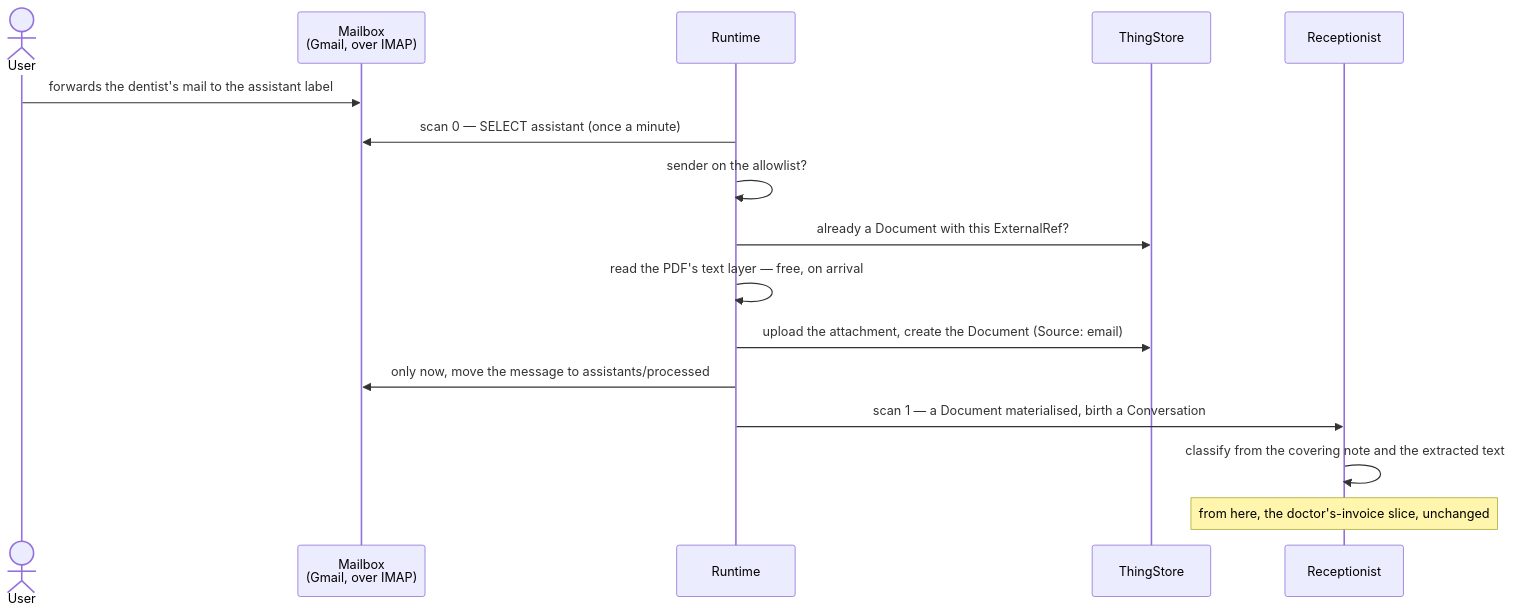
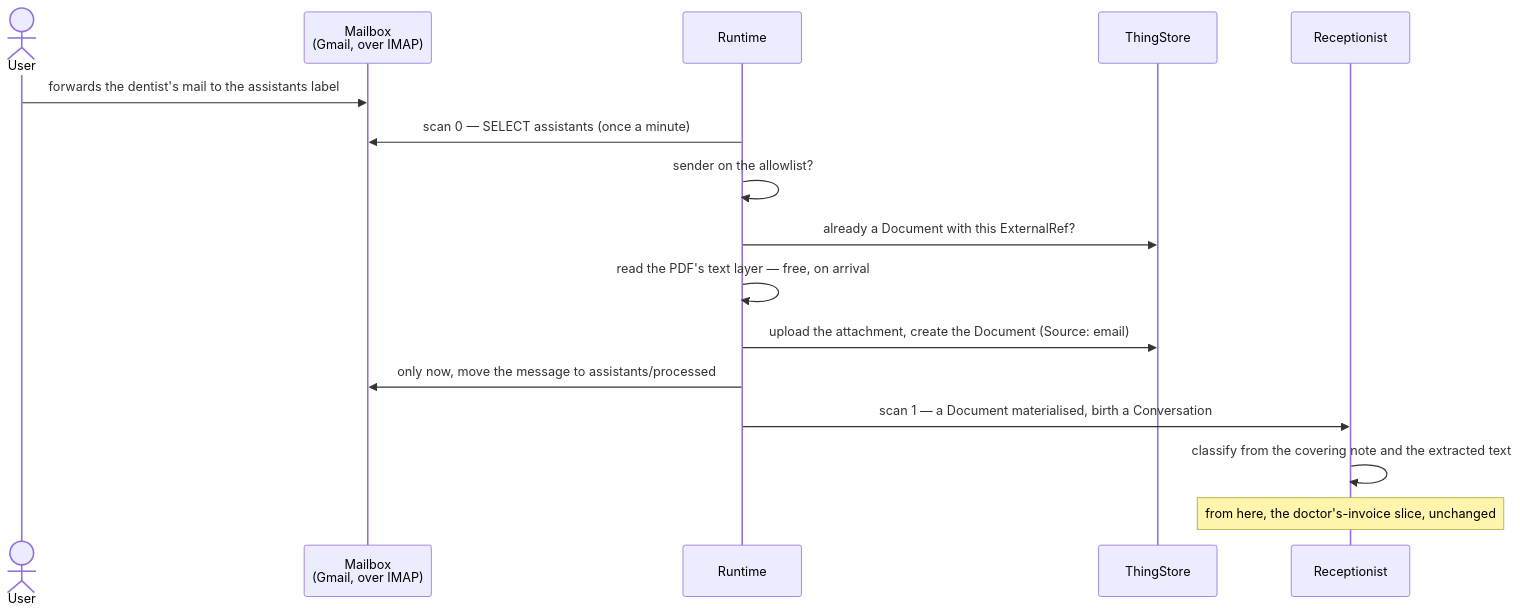
One commit to tillg/assistants changed the second of 5 diagrams in specs/system/functional.md. Above: the diagram before and after it, drawn with Mermaid. The commit also changed other lines of this file and 12 other files, not shown here.

````diff
--- a/specs/system/functional.md
+++ b/specs/system/functional.md
@@ -290,19 +328,19 @@
 ```mermaid
 sequenceDiagram
     actor U as User
     participant MB as Mailbox<br/>(Gmail, over IMAP)
     participant RT as Runtime
     participant TS as ThingStore
     participant R as Receptionist
 
-    U->>MB: forwards the dentist's mail to the assistant label
-    RT->>MB: scan 0 — SELECT assistant (once a minute)
+    U->>MB: forwards the dentist's mail to the assistants label
+    RT->>MB: scan 0 — SELECT assistants (once a minute)
     RT->>RT: sender on the allowlist?
     RT->>TS: already a Document with this ExternalRef?
     RT->>RT: read the PDF's text layer — free, on arrival
     RT->>TS: upload the attachment, create the Document (Source: email)
     RT->>MB: only now, move the message to assistants/processed
     RT->>R: scan 1 — a Document materialised, birth a Conversation
     R->>R: classify from the covering note and the extracted text
     Note over R: from here, the doctor's-invoice slice, unchanged
 ```
````
